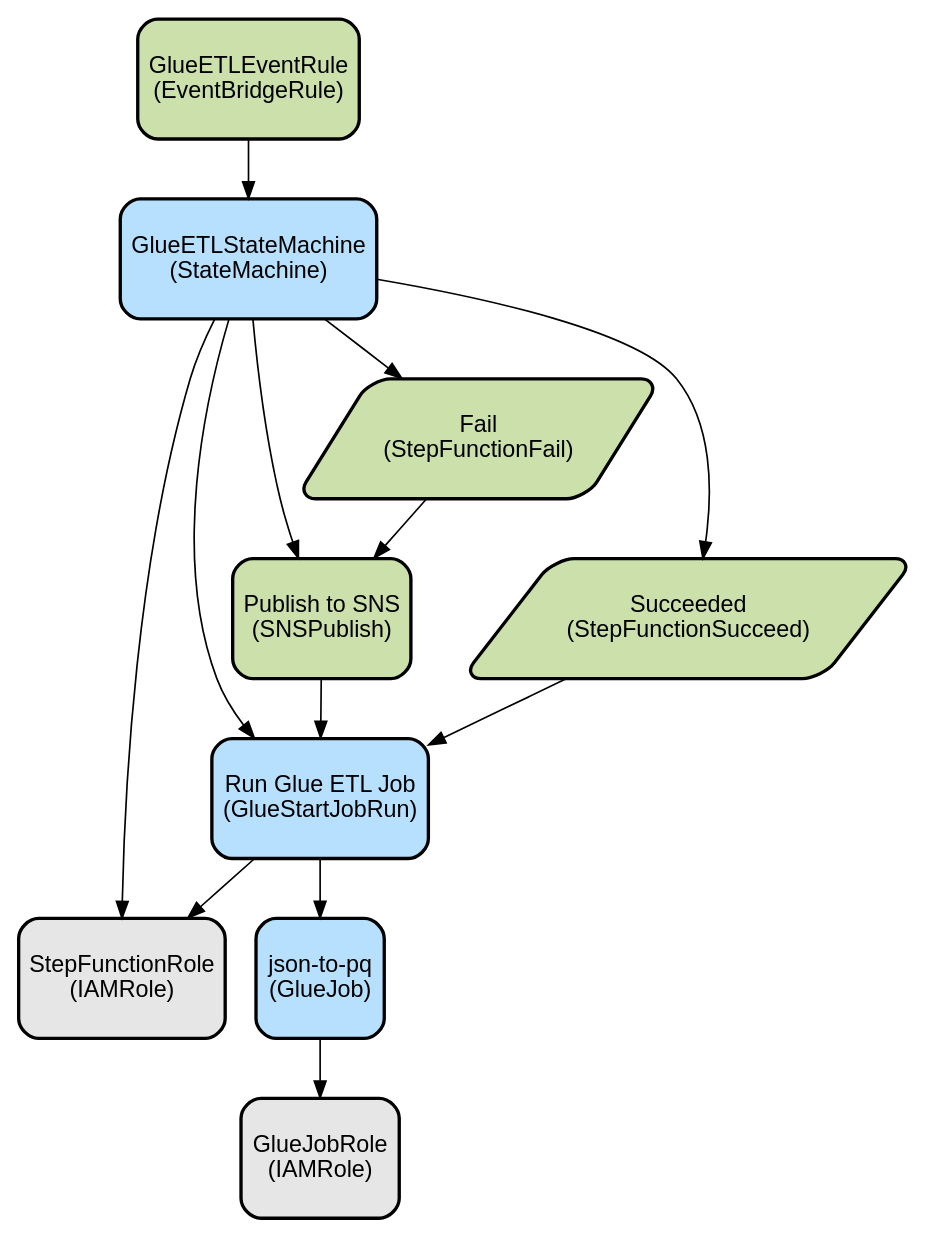
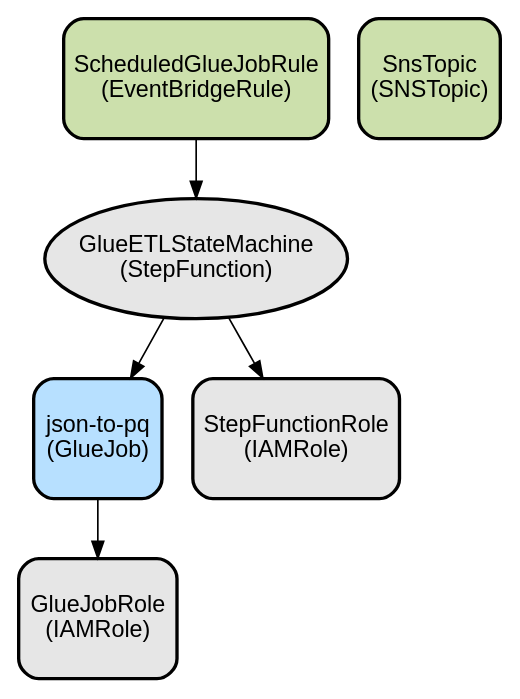
One commit to psachdev6375/glue-cdk-example changed the diagram in docs/infra.dot. Above: the diagram before and after it, drawn with Graphviz. The commit also changed 3 other files, not shown here.

```diff
--- a/docs/infra.dot
+++ b/docs/infra.dot
@@ -1,33 +1,19 @@
 digraph INFRA {
   node [ color = "black", fillcolor = "#E6E6E6", height =1, style = "filled,bold,rounded", fontname = "Arial" ];
   "GlueJobRole" [ label = "GlueJobRole
 (IAMRole)", shape =rectangle ];
   "json-to-pq" [ label = "json-to-pq
 (GlueJob)", shape =rectangle, fillcolor = "#B7E0FF" ];
   "StepFunctionRole" [ label = "StepFunctionRole
 (IAMRole)", shape =rectangle ];
-  "Run Glue ETL Job" [ label = "Run Glue ETL Job
-(GlueStartJobRun)", shape =rectangle, fillcolor = "#B7E0FF" ];
-  "Publish to SNS" [ label = "Publish to SNS
-(SNSPublish)", shape =rectangle, fillcolor = "#CCE0AC" ];
-  "Fail" [ label = "Fail
-(StepFunctionFail)", shape =parallelogram, fillcolor = "#CCE0AC" ];
-  "Succeeded" [ label = "Succeeded
-(StepFunctionSucceed)", shape =parallelogram, fillcolor = "#CCE0AC" ];
   "GlueETLStateMachine" [ label = "GlueETLStateMachine
-(StateMachine)", shape =rectangle, fillcolor = "#B7E0FF" ];
-  "GlueETLEventRule" [ label = "GlueETLEventRule
+(StepFunction)" ];
+  "ScheduledGlueJobRule" [ label = "ScheduledGlueJobRule
 (EventBridgeRule)", shape =rectangle, fillcolor = "#CCE0AC" ];
+  "SnsTopic" [ label = "SnsTopic
+(SNSTopic)", shape =rectangle, fillcolor = "#CCE0AC" ];
   "json-to-pq" -> "GlueJobRole";
-  "Run Glue ETL Job" -> "json-to-pq";
-  "Run Glue ETL Job" -> "StepFunctionRole";
-  "Publish to SNS" -> "Run Glue ETL Job";
-  "Fail" -> "Publish to SNS";
-  "Succeeded" -> "Run Glue ETL Job";
-  "GlueETLStateMachine" -> "Run Glue ETL Job";
+  "GlueETLStateMachine" -> "json-to-pq";
   "GlueETLStateMachine" -> "StepFunctionRole";
-  "GlueETLStateMachine" -> "Publish to SNS";
-  "GlueETLStateMachine" -> "Fail";
-  "GlueETLStateMachine" -> "Succeeded";
-  "GlueETLEventRule" -> "GlueETLStateMachine";
+  "ScheduledGlueJobRule" -> "GlueETLStateMachine";
 }
```
